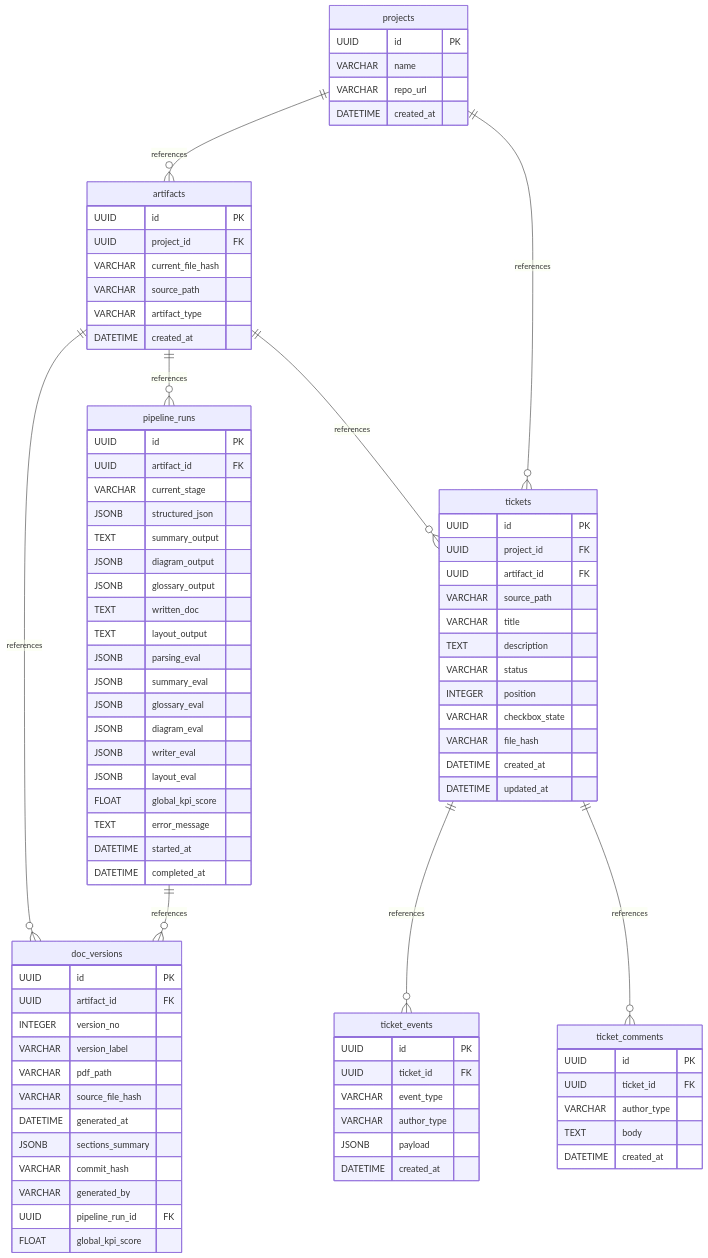
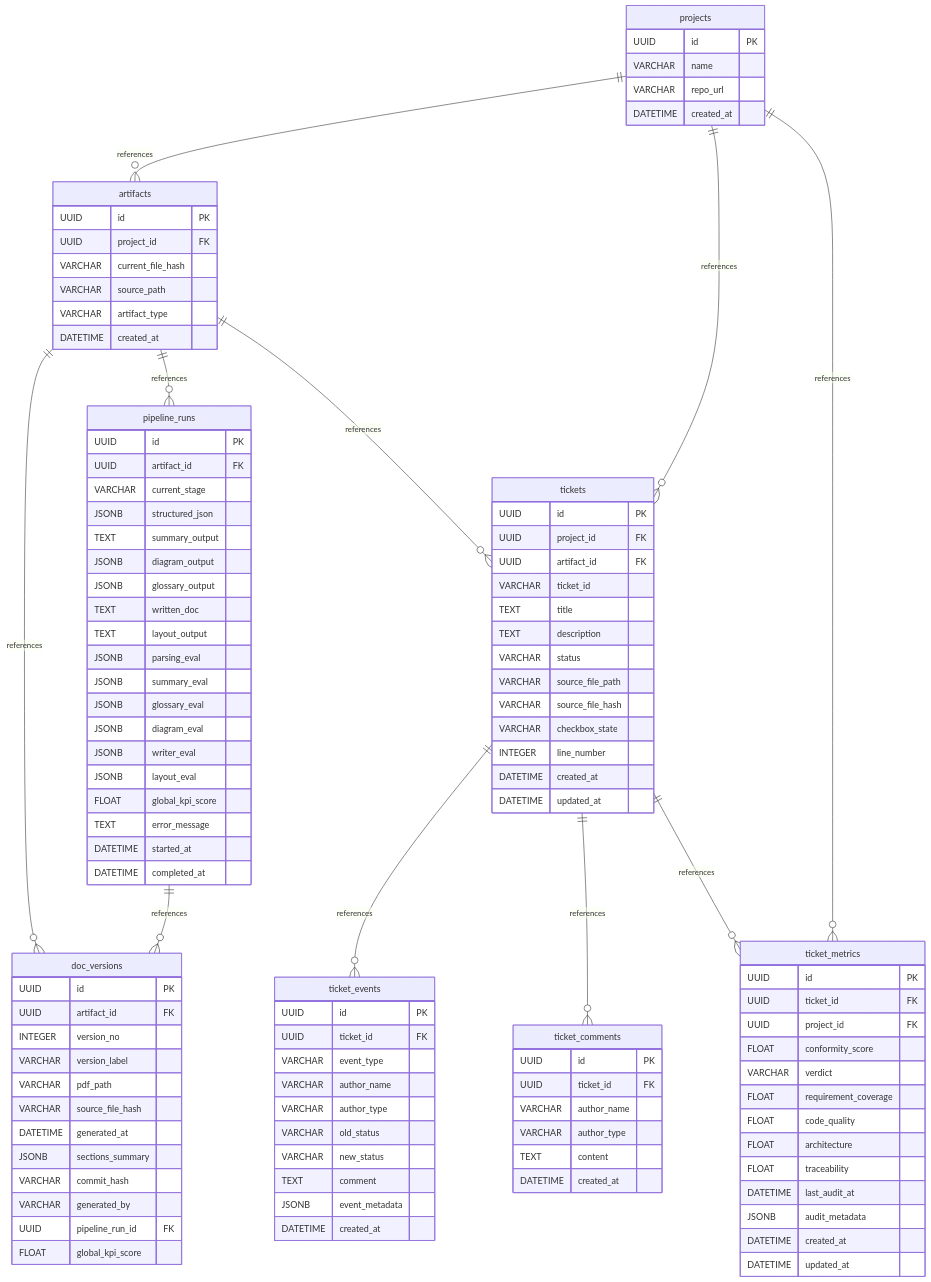
Before and after one commit to ahmed200346/Extension_GithubSpecKit: the diagram in README.md, drawn with Mermaid. The commit also changed other lines of this file, not shown here.

Commit message:
Update DB section

````diff
--- a/README.md
+++ b/README.md
@@ -240,33 +245,56 @@
         UUID id "PK"
         UUID project_id "FK"
         UUID artifact_id "FK"
-        VARCHAR source_path
-        VARCHAR title
+        VARCHAR ticket_id
+        TEXT title
         TEXT description
         VARCHAR status
-        INTEGER position
+        VARCHAR source_file_path
+        VARCHAR source_file_hash
         VARCHAR checkbox_state
-        VARCHAR file_hash
+        INTEGER line_number
         DATETIME created_at
         DATETIME updated_at
     }
+    projects ||--o{ tickets : references
     artifacts ||--o{ tickets : references
-    projects ||--o{ tickets : references
     ticket_events {
         UUID id "PK"
         UUID ticket_id "FK"
         VARCHAR event_type
+        VARCHAR author_name
         VARCHAR author_type
-        JSONB payload
+        VARCHAR old_status
+        VARCHAR new_status
+        TEXT comment
+        JSONB event_metadata
         DATETIME created_at
     }
     tickets ||--o{ ticket_events : references
     ticket_comments {
         UUID id "PK"
         UUID ticket_id "FK"
+        VARCHAR author_name
         VARCHAR author_type
-        TEXT body
+        TEXT content
         DATETIME created_at
     }
     tickets ||--o{ ticket_comments : references
+    ticket_metrics {
+        UUID id "PK"
+        UUID ticket_id "FK"
+        UUID project_id "FK"
+        FLOAT conformity_score
+        VARCHAR verdict
+        FLOAT requirement_coverage
+        FLOAT code_quality
+        FLOAT architecture
+        FLOAT traceability
+        DATETIME last_audit_at
+        JSONB audit_metadata
+        DATETIME created_at
+        DATETIME updated_at
+    }
+    tickets ||--o{ ticket_metrics : references
+    projects ||--o{ ticket_metrics : references
 ```
````
